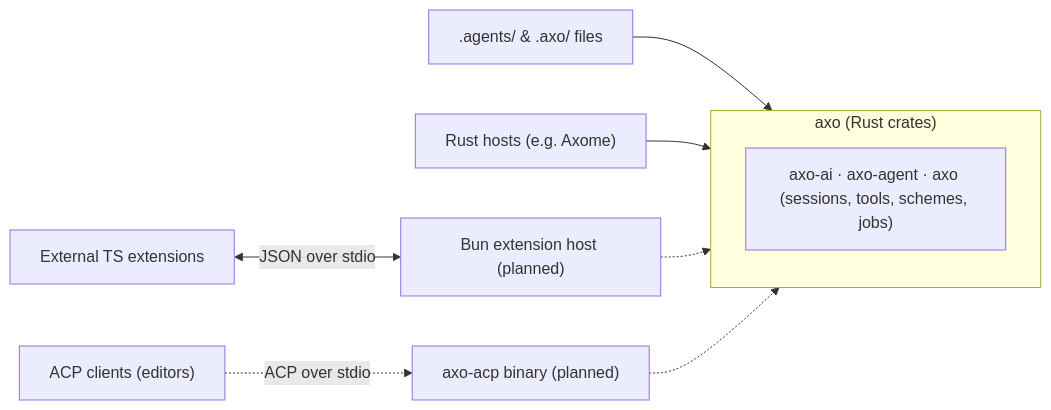
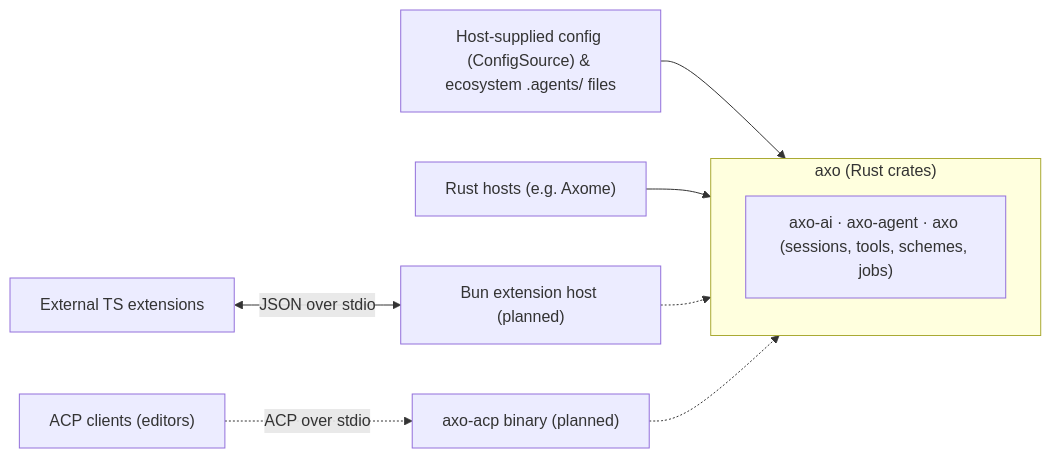
One commit to Axo-Gnosis/Axo changed the diagram in plan/design.md. Above: the diagram before and after it, drawn with Mermaid. The commit also changed other lines of this file and 44 other files, not shown here.

````diff
--- a/plan/design.md
+++ b/plan/design.md
@@ -47,10 +47,10 @@
 ```mermaid
 flowchart LR
-  D[".agents/ & .axo/ files"] --> C
+  D["Host-supplied config (ConfigSource) & ecosystem .agents/ files"] --> C
   subgraph C["axo (Rust crates)"]
     L["axo-ai · axo-agent · axo (sessions, tools, schemes, jobs)"]
   end
   S["Rust hosts (e.g. Axome)"] --> C
   X["External TS extensions"] <-->|JSON over stdio| H["Bun extension host (planned)"] -.-> C
   R["ACP clients (editors)"] -.->|ACP over stdio| A["axo-acp binary (planned)"] -.-> C
 ```
````
